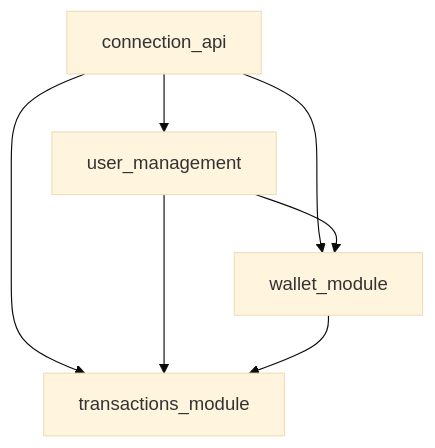
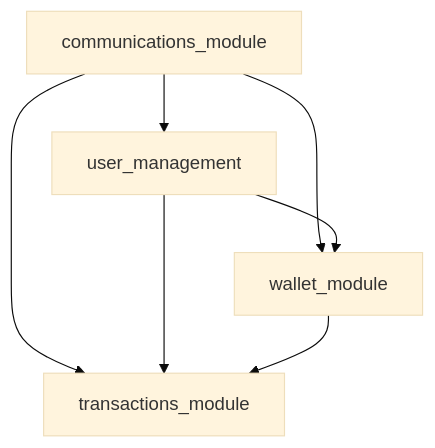
The diagram in python_base_04_credit_sys/Documentation/architecture/MODULE_FIRST_ARCHITECTURE.md (sil-vella/cred_system), drawn with Mermaid (base theme) before and after one commit. The commit also changed other lines of this file and 39 other files, not shown here.

First line of the commit message:
Refactor: Unify API key management and remove redundant logic

````diff
--- a/python_base_04_credit_sys/Documentation/architecture/MODULE_FIRST_ARCHITECTURE.md
+++ b/python_base_04_credit_sys/Documentation/architecture/MODULE_FIRST_ARCHITECTURE.md
@@ -105,9 +105,9 @@
 ```mermaid
 graph TD
-    A[connection_api] --> B[user_management]
+    A[communications_module] --> B[user_management]
     A --> C[wallet_module]  
     A --> D[transactions_module]
     B --> C
     B --> D
     C --> D
 ```
````
